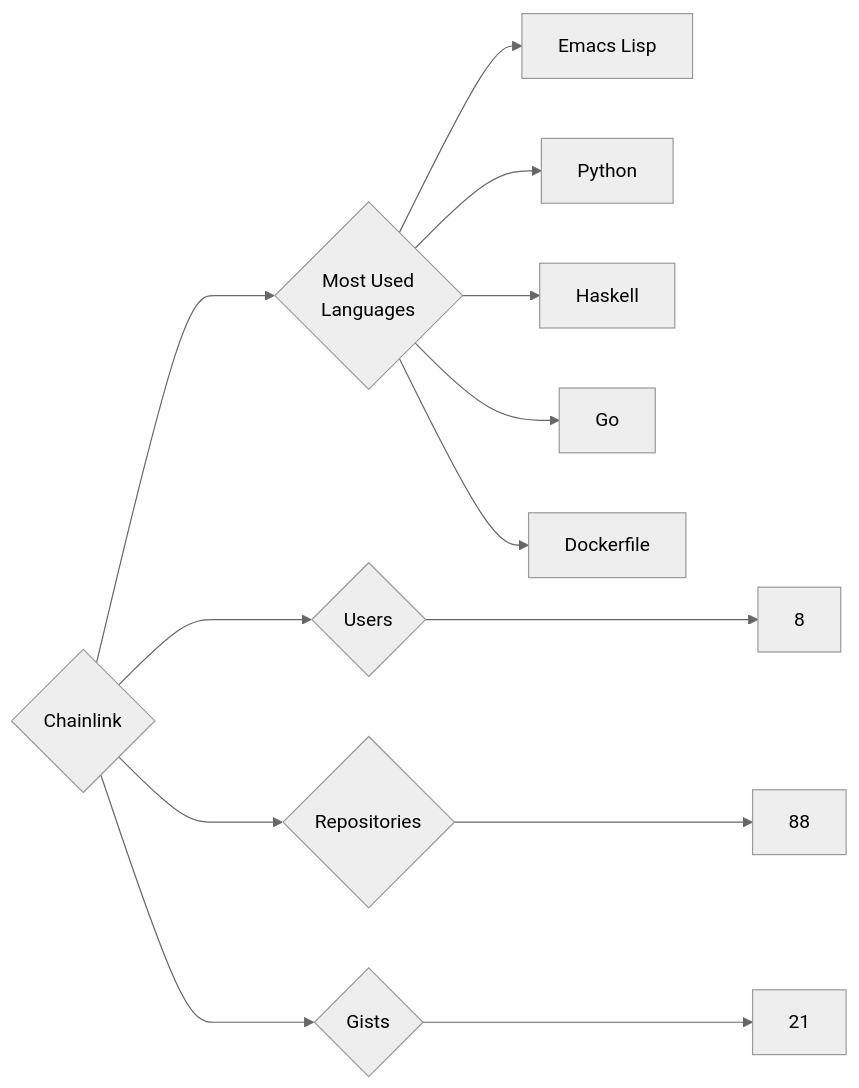
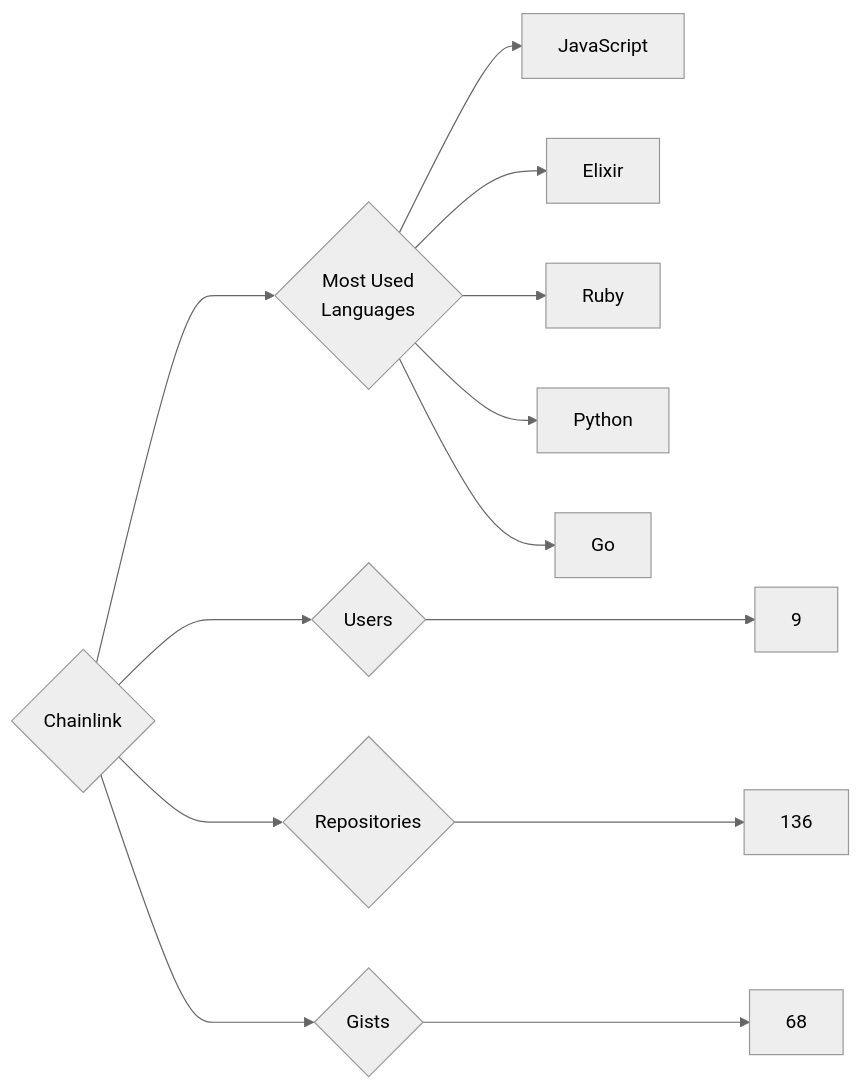
The diagram in targets/Chainlink/README.md (trickest/insiders), drawn with Mermaid (neutral theme) before and after one commit. The commit also changed 1023 other files, not shown here.

````diff
--- a/targets/Chainlink/README.md
+++ b/targets/Chainlink/README.md
@@ -3,13 +3,13 @@
 ```mermaid
 graph LR
 COMPANY_NAME{Chainlink}
-COMPANY_NAME ---> U{Users} ---> UN[8]
-COMPANY_NAME ---> R{Repositories} ---> RN[88]
-COMPANY_NAME ---> G{Gists} ---> GN[21]
+COMPANY_NAME ---> U{Users} ---> UN[9]
+COMPANY_NAME ---> R{Repositories} ---> RN[136]
+COMPANY_NAME ---> G{Gists} ---> GN[68]
 COMPANY_NAME ---> ML{Most Used<br>Languages}
-ML --> Emacs_Lisp[Emacs Lisp]
+ML --> JavaScript[JavaScript]
+ML --> Elixir[Elixir]
+ML --> Ruby[Ruby]
 ML --> Python[Python]
-ML --> Haskell[Haskell]
 ML --> Go[Go]
-ML --> Dockerfile[Dockerfile]
 ```
````
